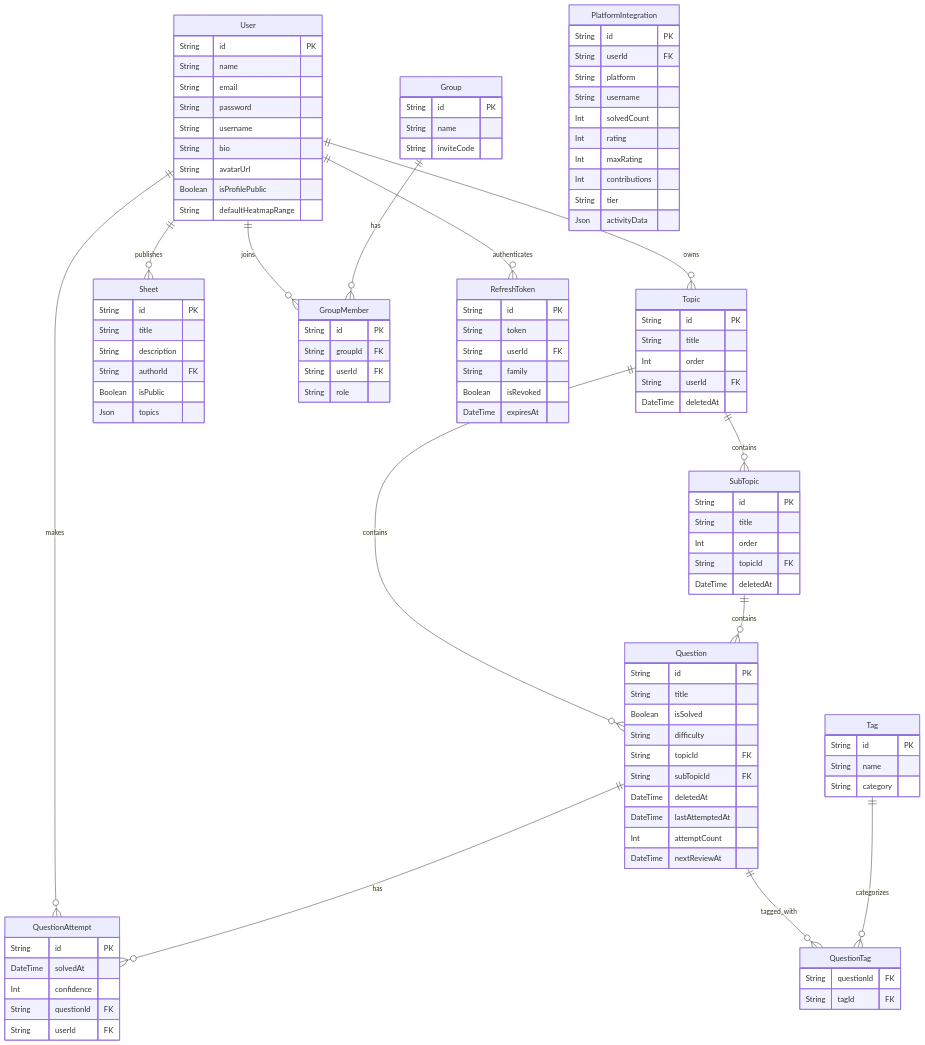
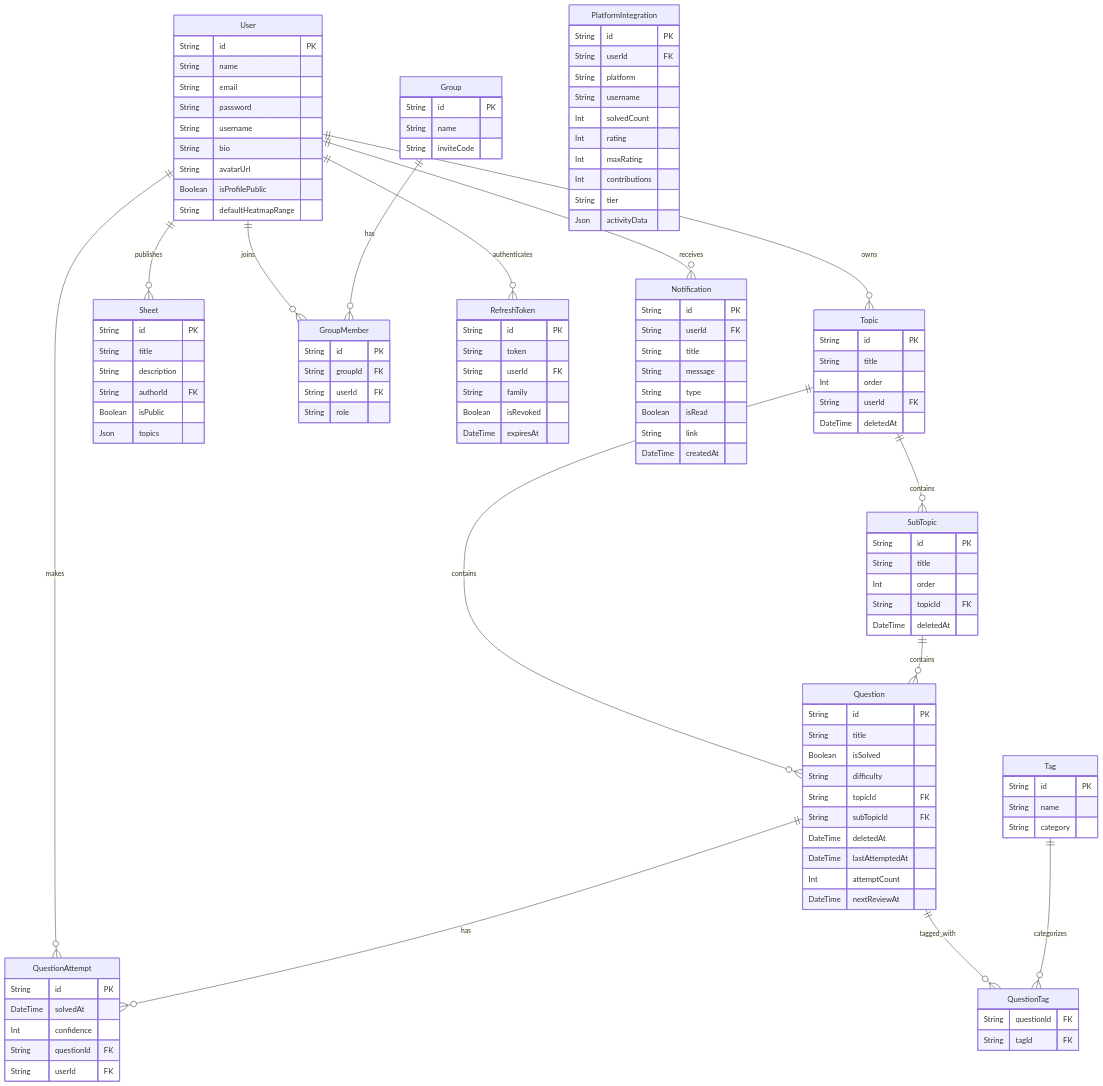
Before and after one commit to pulkitjaincs/AlgoForge: the second of 2 diagrams in ARCHITECTURE.md, drawn with Mermaid. The commit also changed other lines of this file and 40 other files, not shown here.

```diff
--- a/ARCHITECTURE.md
+++ b/ARCHITECTURE.md
@@ -118,6 +122,7 @@
     User ||--o{ GroupMember : joins
     Group ||--o{ GroupMember : has
     User ||--o{ RefreshToken : authenticates
+    User ||--o{ Notification : receives
 
     User {
         String id PK
@@ -169,6 +174,16 @@
         String tier
         Json activityData
     }
+    Notification {
+        String id PK
+        String userId FK
+        String title
+        String message
+        String type
+        Boolean isRead
+        String link
+        DateTime createdAt
+    }
     Topic {
         String id PK
         String title
```
